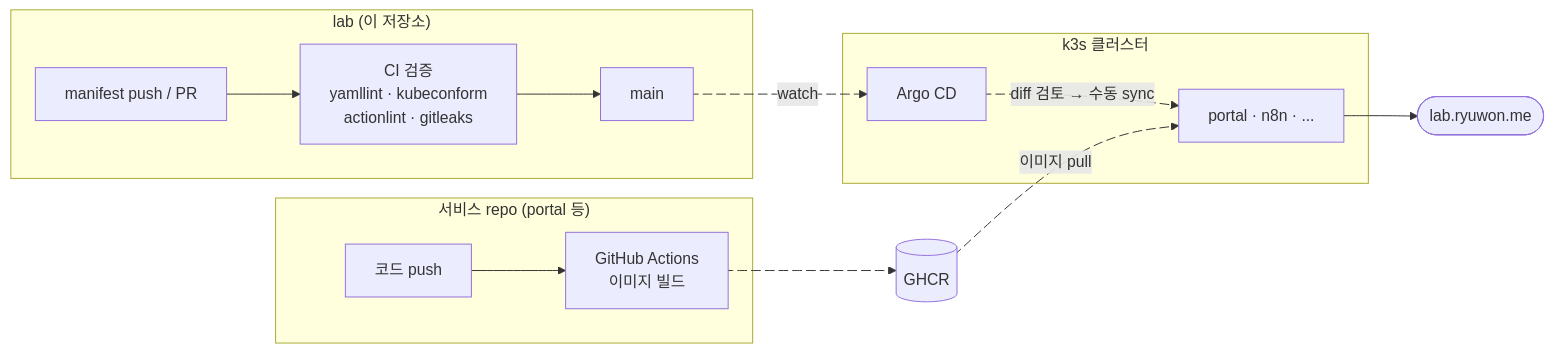
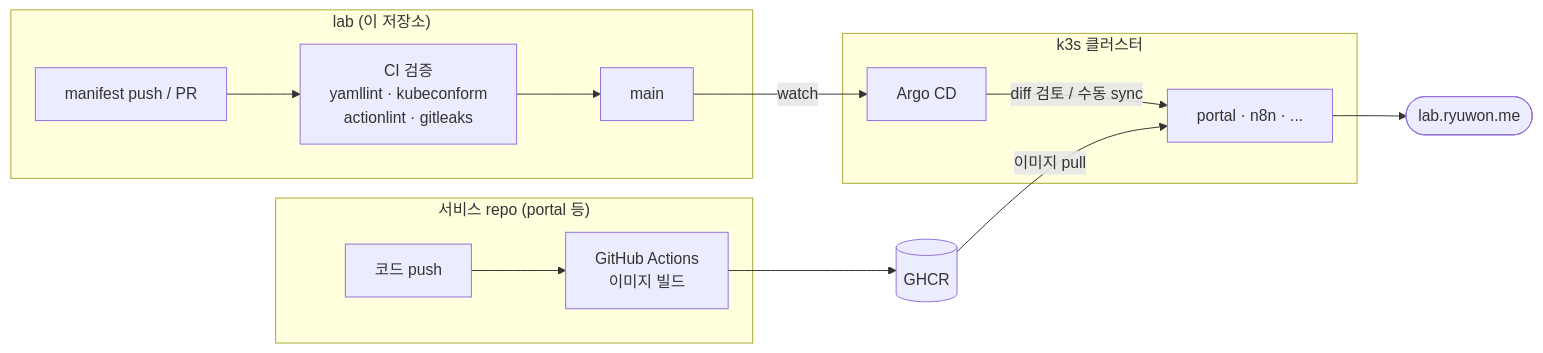
One commit to ryuwon-dev/lab changed the diagram in README.md. Above: the diagram before and after it, drawn with Mermaid. The commit also changed other lines of this file and 5 other files, not shown here.

````diff
--- a/README.md
+++ b/README.md
@@ -28,24 +37,19 @@
 ```mermaid
 flowchart LR
   subgraph svc["서비스 repo (portal 등)"]
     code["코드 push"] --> build["GitHub Actions<br/>이미지 빌드"]
   end
 
   subgraph lab["lab (이 저장소)"]
     pr["manifest push / PR"] --> ci["CI 검증<br/>yamllint · kubeconform<br/>actionlint · gitleaks"] --> main["main"]
   end
 
   subgraph k3s["k3s 클러스터"]
-    argo["Argo CD"] e1@-->|"diff 검토 → 수동 sync"| apps["portal · n8n · ..."]
+    argo["Argo CD"] -->|"diff 검토 / 수동 sync"| apps["portal · n8n · ..."]
   end
 
-  build e2@--> ghcr[("GHCR")]
-  ghcr e3@-->|"이미지 pull"| apps
-  main e4@-->|"watch"| argo
+  build --> ghcr[("GHCR")]
+  ghcr -->|"이미지 pull"| apps
+  main -->|"watch"| argo
   apps --> user(["lab.ryuwon.me"])
-
-  e1@{ animate: true }
-  e2@{ animate: true }
-  e3@{ animate: true }
-  e4@{ animate: true }
 ```
````
